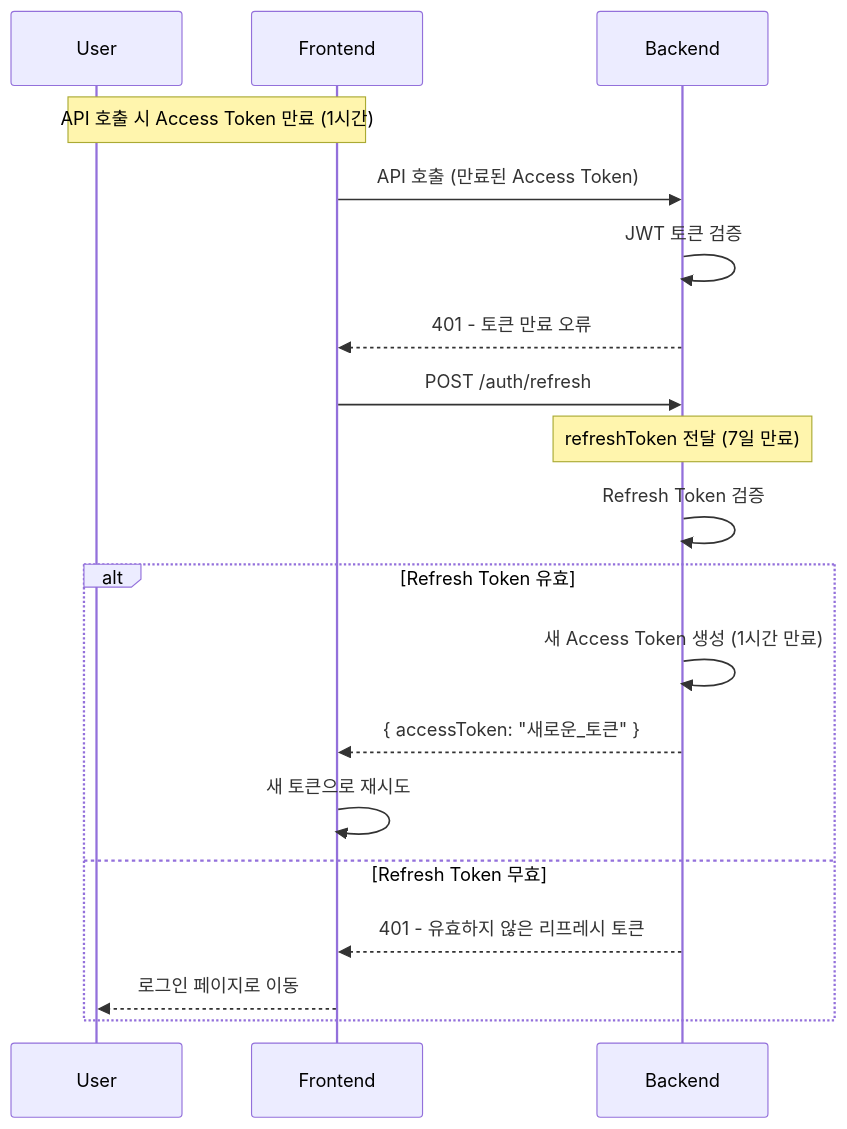
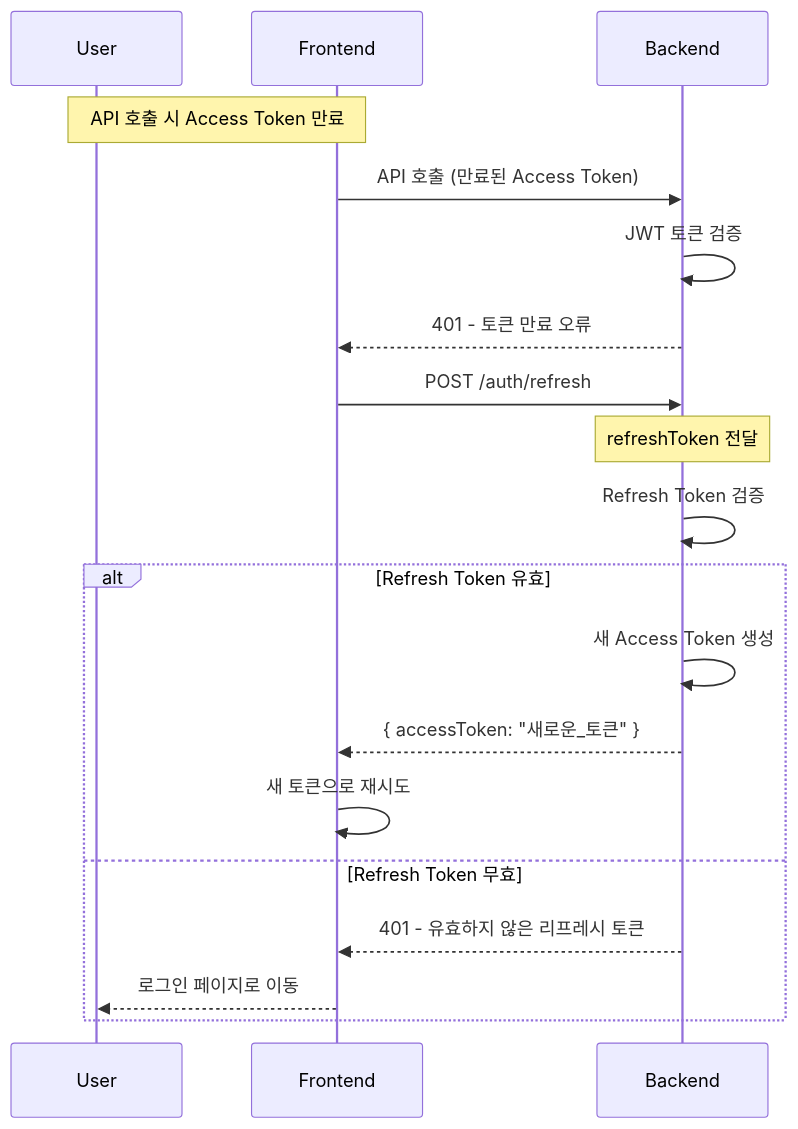
The ninth of 9 diagrams in apps/web-user/backend/docs/통합 로그인 및 회원가입 - 가이드.md (ServicePlayground/sweet-order), drawn with Mermaid before and after one commit. The commit also changed other lines of this file and 4 other files, not shown here.

````diff
--- a/apps/web-user/backend/docs/통합 로그인 및 회원가입 - 가이드.md
+++ b/apps/web-user/backend/docs/통합 로그인 및 회원가입 - 가이드.md
@@ -395,25 +415,25 @@
 ```mermaid
 sequenceDiagram
     participant U as User
     participant F as Frontend
     participant B as Backend
 
-    Note over U,F: API 호출 시 Access Token 만료 (1시간)
+    Note over U,F: API 호출 시 Access Token 만료
 
     F->>B: API 호출 (만료된 Access Token)
     B->>B: JWT 토큰 검증
     B-->>F: 401 - 토큰 만료 오류
 
     F->>B: POST /auth/refresh
-    Note over B: refreshToken 전달 (7일 만료)
+    Note over B: refreshToken 전달
     B->>B: Refresh Token 검증
 
     alt Refresh Token 유효
-        B->>B: 새 Access Token 생성 (1시간 만료)
+        B->>B: 새 Access Token 생성
         B-->>F: { accessToken: "새로운_토큰" }
         F->>F: 새 토큰으로 재시도
     else Refresh Token 무효
         B-->>F: 401 - 유효하지 않은 리프레시 토큰
         F-->>U: 로그인 페이지로 이동
     end
 ```
````
